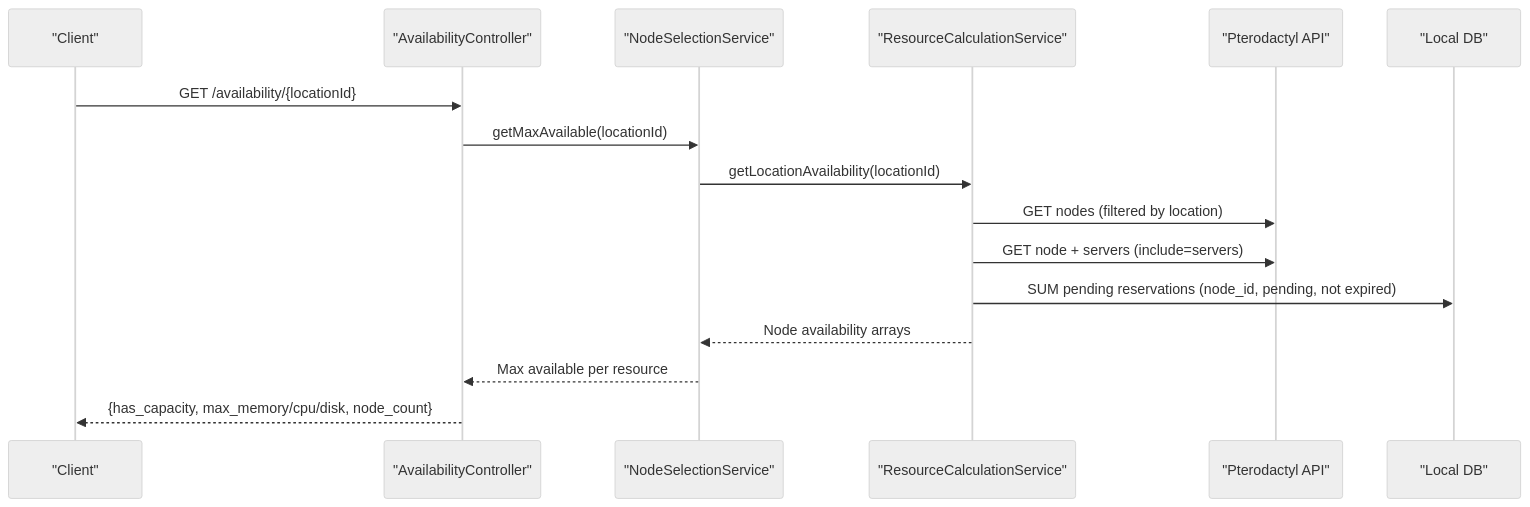
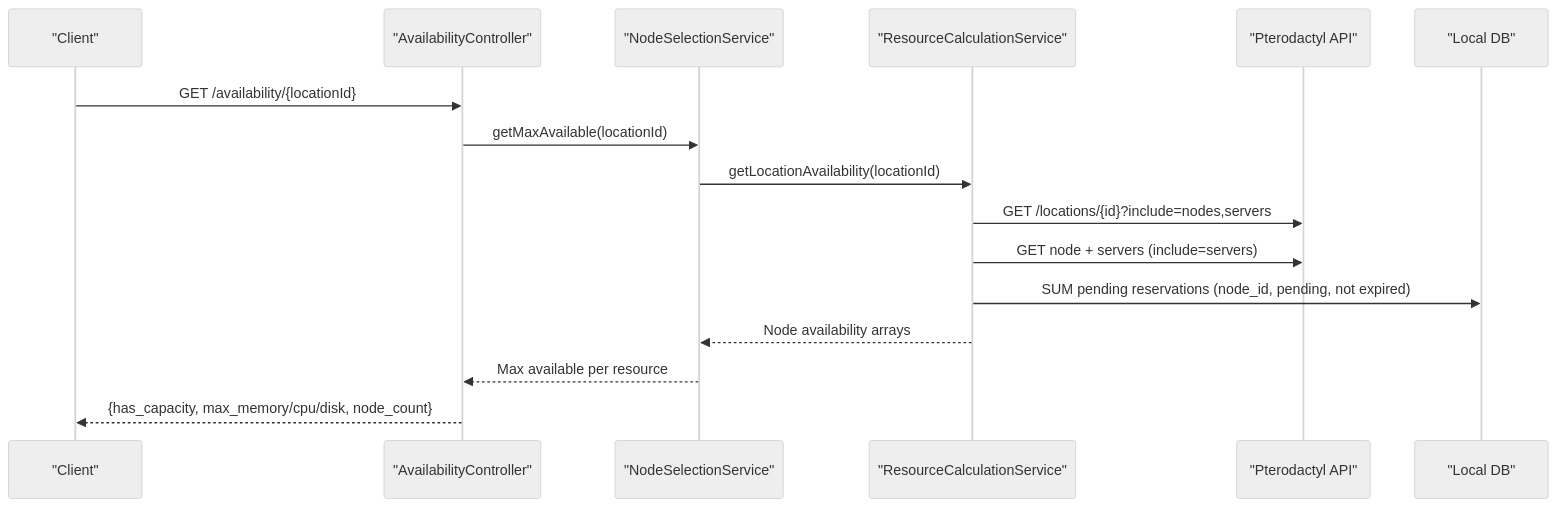
The second of 4 diagrams in .qoder/repowiki/en/content/Architecture Overview/Service Layer Design/Resource Calculation Service.md (ObsidianNetwork/dynamic-pterodactyl), drawn with Mermaid (neutral theme) before and after one commit. The commit also changed other lines of this file and 5 other files, not shown here.

Commit message:
docs: remove residual per-node wiki flow

````diff
--- a/.qoder/repowiki/en/content/Architecture Overview/Service Layer Design/Resource Calculation Service.md
+++ b/.qoder/repowiki/en/content/Architecture Overview/Service Layer Design/Resource Calculation Service.md
@@ -79,18 +79,18 @@
 ```mermaid
 sequenceDiagram
 participant C as "Client"
 participant A as "AvailabilityController"
 participant N as "NodeSelectionService"
 participant S as "ResourceCalculationService"
 participant P as "Pterodactyl API"
 participant D as "Local DB"
 C->>A : GET /availability/{locationId}
 A->>N : getMaxAvailable(locationId)
 N->>S : getLocationAvailability(locationId)
-S->>P : GET nodes (filtered by location)
+S->>P : GET /locations/{id}?include=nodes,servers
 S->>P : GET node + servers (include=servers)
 S->>D : SUM pending reservations (node_id, pending, not expired)
 S-->>N : Node availability arrays
 N-->>A : Max available per resource
 A-->>C : {has_capacity, max_memory/cpu/disk, node_count}
 ```
````
